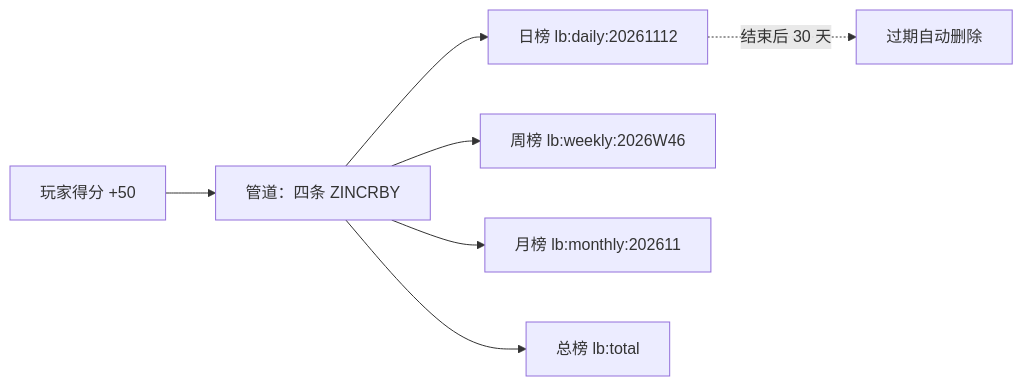
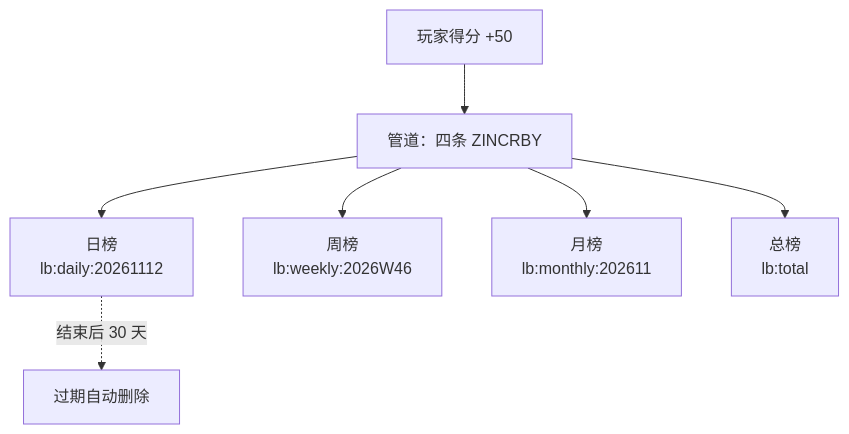
The third of 9 diagrams in 12-场景设计/S14-实时排行榜.md (liulangjietou/interview), drawn with Mermaid before and after one commit. The commit also changed 1 other file, not shown here.

Commit message:
docs: 新增场景设计 S15 附近的人

````diff
--- a/12-场景设计/S14-实时排行榜.md
+++ b/12-场景设计/S14-实时排行榜.md
@@ -229,9 +229,9 @@
 ```mermaid
-flowchart LR
+flowchart TD
     A["玩家得分 +50"] --> B["管道：四条 ZINCRBY"]
-    B --> D["日榜 lb:daily:20261112"]
-    B --> W["周榜 lb:weekly:2026W46"]
-    B --> M["月榜 lb:monthly:202611"]
-    B --> T["总榜 lb:total"]
+    B --> D["日榜<br/>lb:daily:20261112"]
+    B --> W["周榜<br/>lb:weekly:2026W46"]
+    B --> M["月榜<br/>lb:monthly:202611"]
+    B --> T["总榜<br/>lb:total"]
     D -.->|"结束后 30 天"| X["过期自动删除"]
 ```
````
